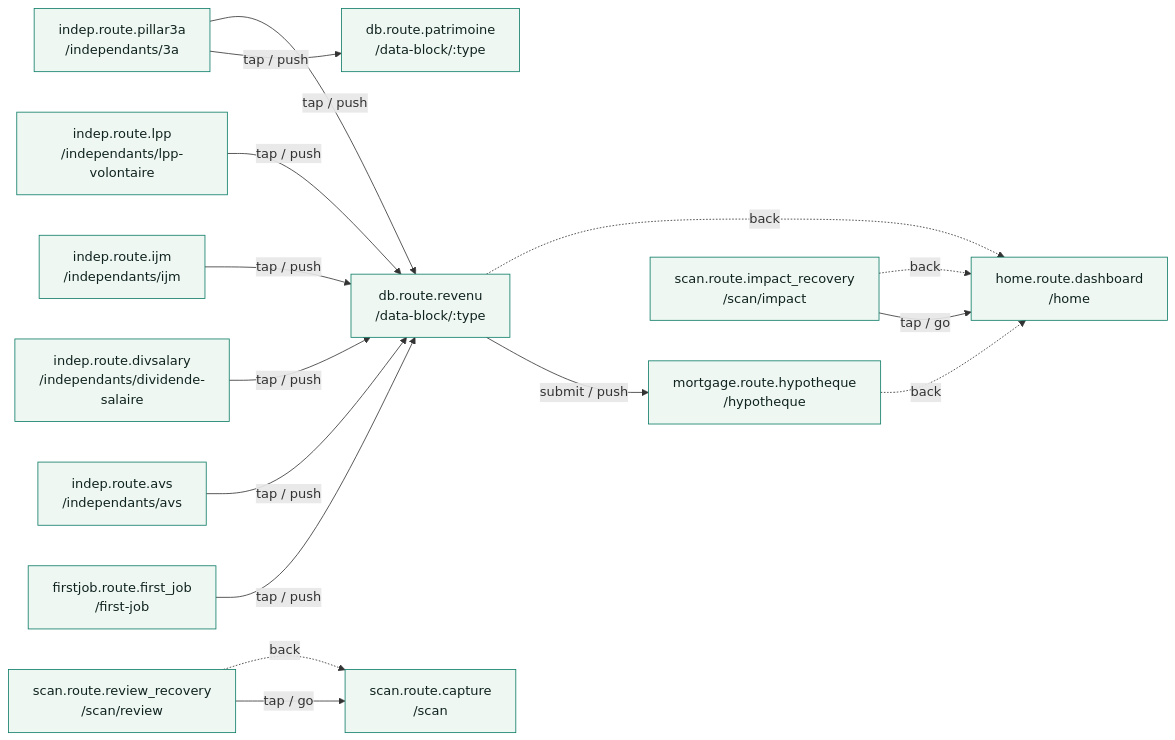
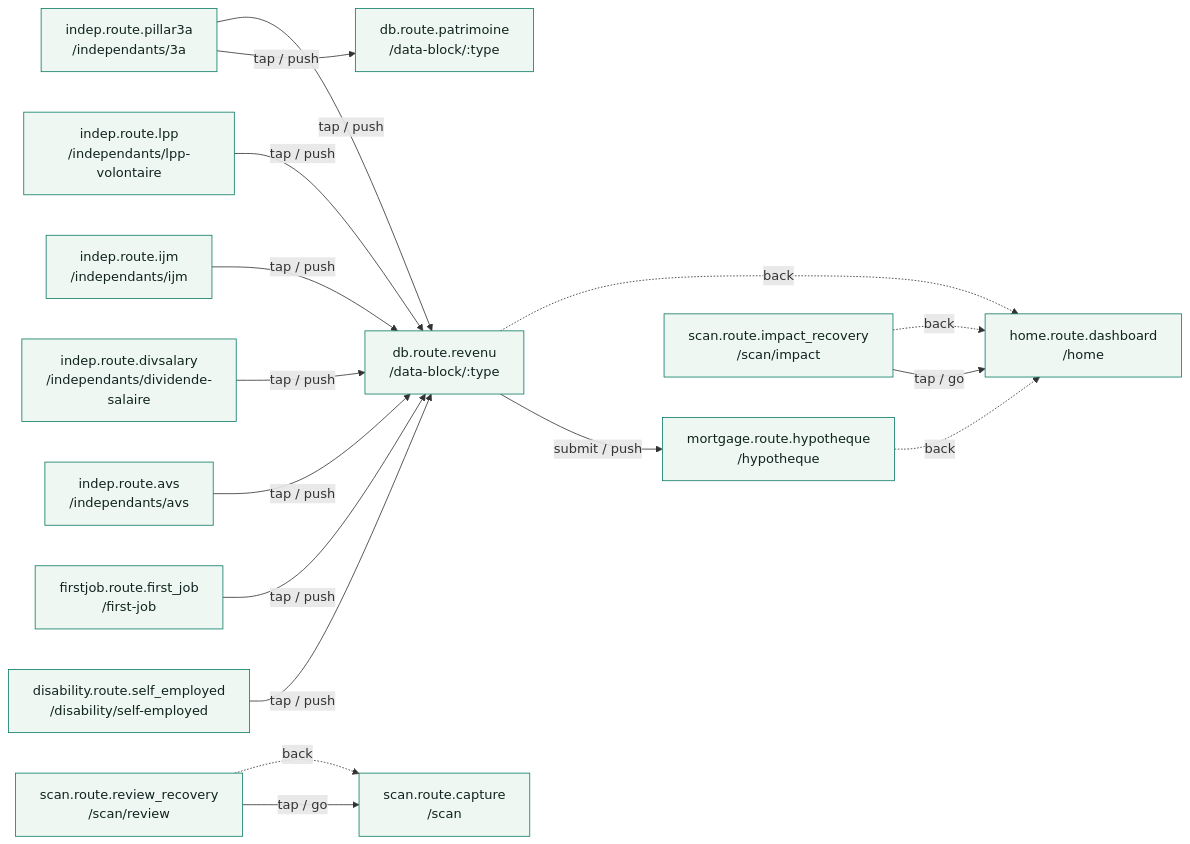
One commit to MINT-IA/MINT changed the diagram in .planning/journeys/diagrams/interaction_graph.mmd. Above: the diagram before and after it, drawn with Mermaid. The commit also changed 7 other files, not shown here.

```diff
--- a/.planning/journeys/diagrams/interaction_graph.mmd
+++ b/.planning/journeys/diagrams/interaction_graph.mmd
@@ -1,34 +1,36 @@
 flowchart LR
   %% Generated by tools/checks/interaction_registry_lint.py -- do not edit manually.
   classDef route fill:#eef7f2,stroke:#0d7c66,stroke-width:1px,color:#10231f;
   classDef scene fill:#fff7e8,stroke:#b7791f,stroke-width:1px,color:#2b2112;
 
   db_route_patrimoine["db.route.patrimoine<br/>/data-block/:type"]:::route
   db_route_revenu["db.route.revenu<br/>/data-block/:type"]:::route
+  disability_route_self_employed["disability.route.self_employed<br/>/disability/self-employed"]:::route
   firstjob_route_first_job["firstjob.route.first_job<br/>/first-job"]:::route
   home_route_dashboard["home.route.dashboard<br/>/home"]:::route
   indep_route_avs["indep.route.avs<br/>/independants/avs"]:::route
   indep_route_divsalary["indep.route.divsalary<br/>/independants/dividende-salaire"]:::route
   indep_route_ijm["indep.route.ijm<br/>/independants/ijm"]:::route
   indep_route_lpp["indep.route.lpp<br/>/independants/lpp-volontaire"]:::route
   indep_route_pillar3a["indep.route.pillar3a<br/>/independants/3a"]:::route
   mortgage_route_hypotheque["mortgage.route.hypotheque<br/>/hypotheque"]:::route
   scan_route_capture["scan.route.capture<br/>/scan"]:::route
   scan_route_impact_recovery["scan.route.impact_recovery<br/>/scan/impact"]:::route
   scan_route_review_recovery["scan.route.review_recovery<br/>/scan/review"]:::route
 
+  disability_route_self_employed -->|"tap / push"| db_route_revenu
   scan_route_impact_recovery -->|"tap / go"| home_route_dashboard
   scan_route_review_recovery -->|"tap / go"| scan_route_capture
   firstjob_route_first_job -->|"tap / push"| db_route_revenu
   indep_route_avs -->|"tap / push"| db_route_revenu
   indep_route_divsalary -->|"tap / push"| db_route_revenu
   indep_route_ijm -->|"tap / push"| db_route_revenu
   indep_route_lpp -->|"tap / push"| db_route_revenu
   indep_route_pillar3a -->|"tap / push"| db_route_patrimoine
   indep_route_pillar3a -->|"tap / push"| db_route_revenu
   db_route_revenu -->|"submit / push"| mortgage_route_hypotheque
 
   db_route_revenu -. "back" .-> home_route_dashboard
   mortgage_route_hypotheque -. "back" .-> home_route_dashboard
   scan_route_impact_recovery -. "back" .-> home_route_dashboard
   scan_route_review_recovery -. "back" .-> scan_route_capture
```
